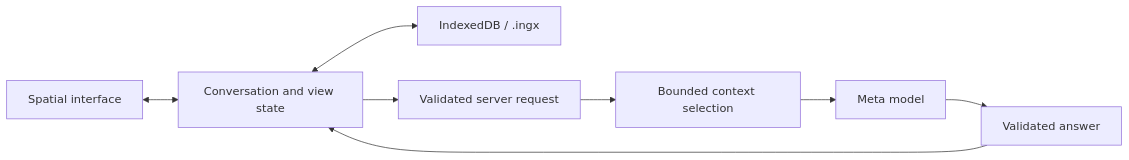
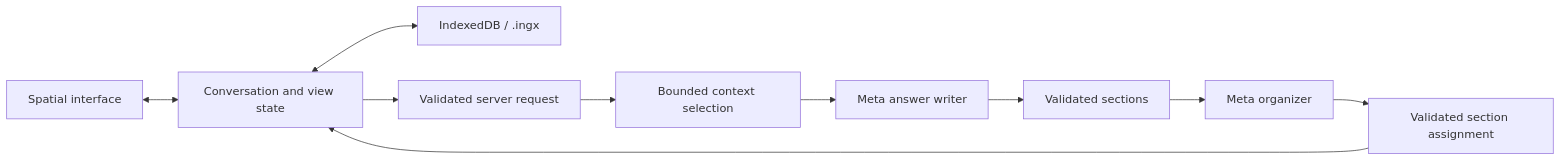
The diagram in docs/architecture.md (akoudad/MetaFor), drawn with Mermaid before and after one commit. The commit also changed other lines of this file and 29 other files, not shown here.

Commit message:
feat: organize answers across topic graphs

````diff
--- a/docs/architecture.md
+++ b/docs/architecture.md
@@ -51,10 +58,12 @@
 ```mermaid
 flowchart LR
     UI[Spatial interface] <--> State[Conversation and view state]
     State <--> Local[IndexedDB / .ingx]
     State --> API[Validated server request]
     API --> Context[Bounded context selection]
-    Context --> Meta[Meta model]
-    Meta --> Answer[Validated answer]
-    Answer --> State
+    Context --> Writer[Meta answer writer]
+    Writer --> Sections[Validated sections]
+    Sections --> Organizer[Meta organizer]
+    Organizer --> Plan[Validated section assignment]
+    Plan --> State
 ```
````
